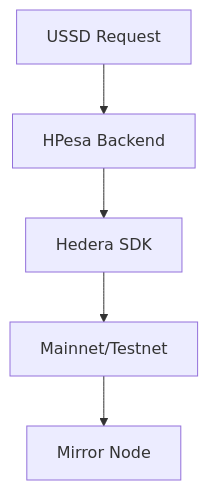
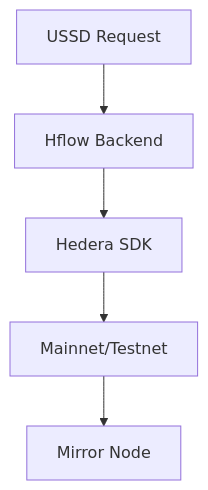
The diagram in docs/HEDERA.md (Modexia-Tech/hflow), drawn with Mermaid before and after one commit. The commit also changed other lines of this file and 22 other files, not shown here.

````diff
--- a/docs/HEDERA.md
+++ b/docs/HEDERA.md
@@ -5,7 +5,7 @@
 ```mermaid
 flowchart TD
-    A[USSD Request] --> B[HPesa Backend]
+    A[USSD Request] --> B[Hflow Backend]
     B --> C[Hedera SDK]
     C --> D[Mainnet/Testnet]
     D --> E[Mirror Node]
 ```
````
